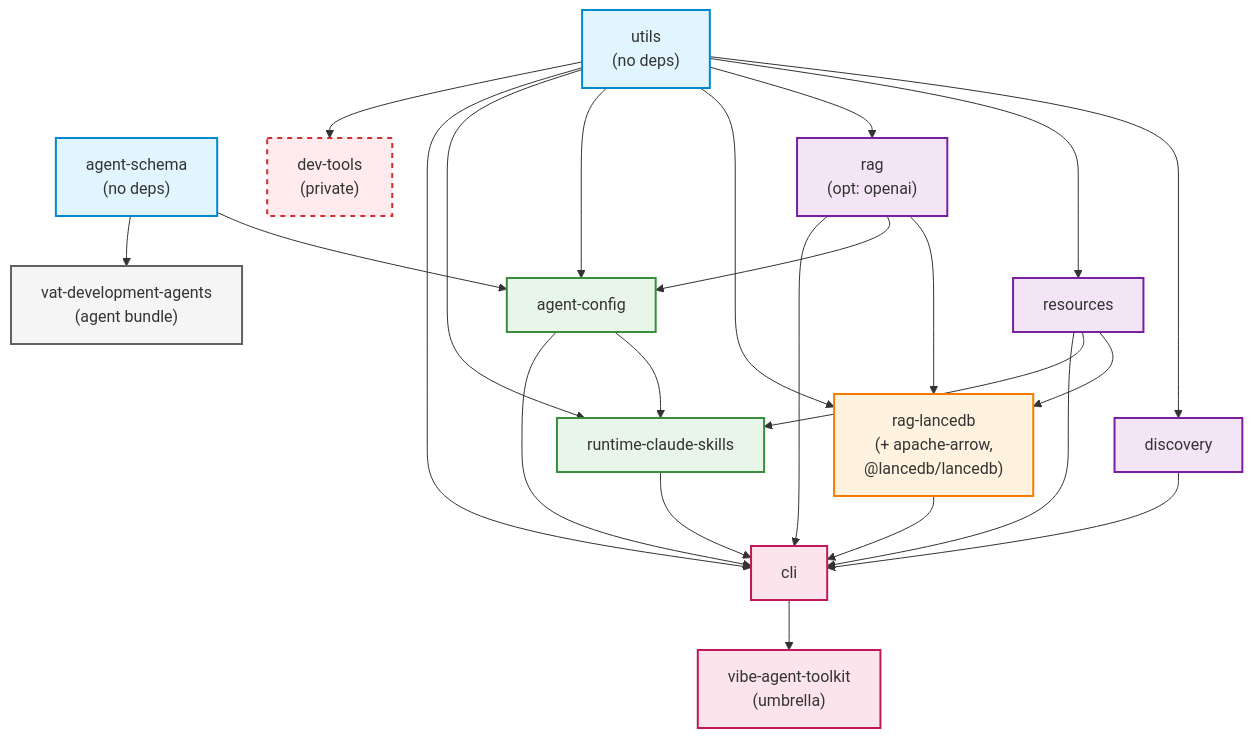
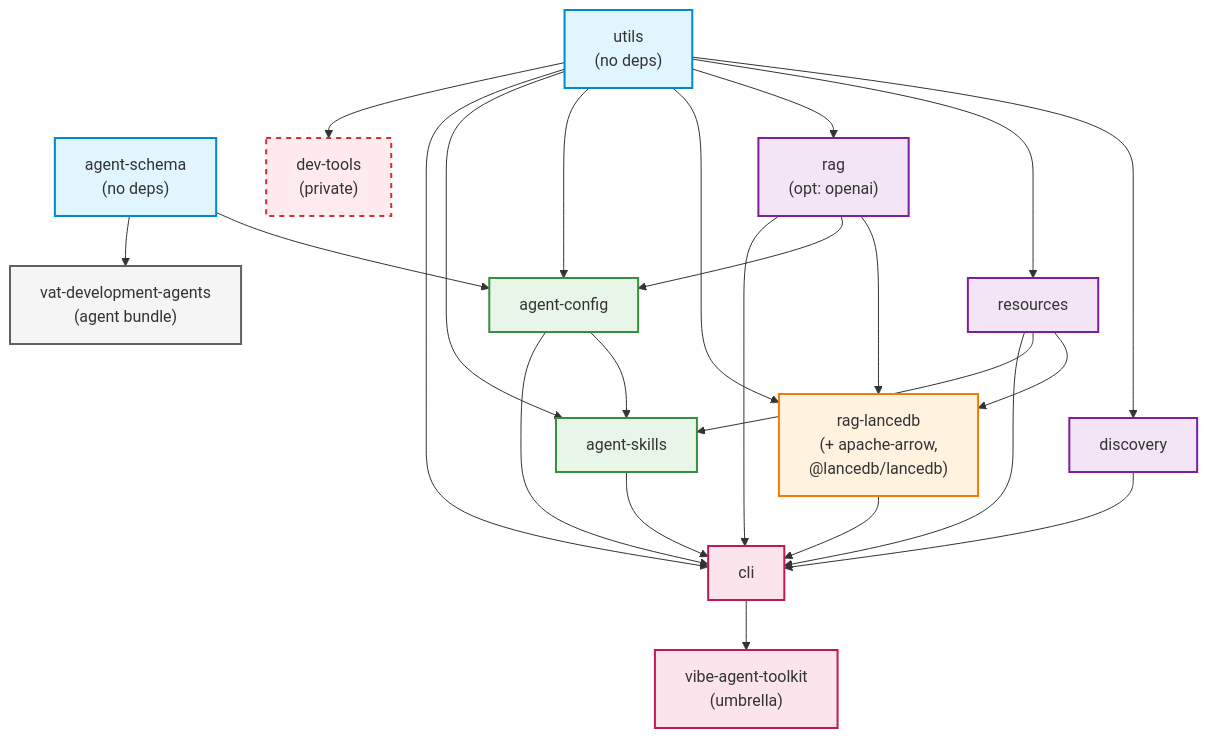
One commit to jdutton/vibe-agent-toolkit changed the diagram in packages/README.md. Above: the diagram before and after it, drawn with Mermaid. The commit also changed other lines of this file and 189 other files, not shown here.

First line of the commit message:
feat(resources): Multi-collection resource validation with frontmatter schemas (#27)

````diff
--- a/packages/README.md
+++ b/packages/README.md
@@ -26,74 +26,74 @@
 ```mermaid
 graph TD
     %% Foundation Layer
     agent-schema["agent-schema<br/>(no deps)"]
     utils["utils<br/>(no deps)"]
 
     %% File & Resource Layer
     discovery["discovery"]
     resources["resources"]
     rag["rag<br/>(opt: openai)"]
 
     %% RAG Implementation
     rag-lancedb["rag-lancedb<br/>(+ apache-arrow,<br/>@lancedb/lancedb)"]
 
     %% Configuration & Runtime
     agent-config["agent-config"]
-    runtime-claude-skills["runtime-claude-skills"]
+    agent-skills["agent-skills"]
 
     %% CLI & Distribution
     cli["cli"]
     vibe-agent-toolkit["vibe-agent-toolkit<br/>(umbrella)"]
 
     %% Separate Hierarchies
     vat-development-agents["vat-development-agents<br/>(agent bundle)"]
     dev-tools["dev-tools<br/>(private)"]
 
     %% Dependencies
     utils --> discovery
     utils --> resources
     utils --> rag
 
     resources --> rag-lancedb
     rag --> rag-lancedb
     utils --> rag-lancedb
 
     agent-schema --> agent-config
     utils --> agent-config
     rag --> agent-config
 
-    agent-config --> runtime-claude-skills
-    resources --> runtime-claude-skills
-    utils --> runtime-claude-skills
+    agent-config --> agent-skills
+    resources --> agent-skills
+    utils --> agent-skills
 
     agent-config --> cli
     discovery --> cli
     rag --> cli
     rag-lancedb --> cli
     resources --> cli
-    runtime-claude-skills --> cli
+    agent-skills --> cli
     utils --> cli
 
     cli --> vibe-agent-toolkit
 
     %% Separate dependencies
     agent-schema --> vat-development-agents
     utils --> dev-tools
 
     %% Styling
     classDef foundation fill:#e1f5ff,stroke:#0288d1,stroke-width:2px
     classDef fileResource fill:#f3e5f5,stroke:#7b1fa2,stroke-width:2px
     classDef ragImpl fill:#fff3e0,stroke:#f57c00,stroke-width:2px
     classDef config fill:#e8f5e9,stroke:#388e3c,stroke-width:2px
     classDef cliDist fill:#fce4ec,stroke:#c2185b,stroke-width:2px
     classDef separate fill:#f5f5f5,stroke:#616161,stroke-width:2px
     classDef private fill:#ffebee,stroke:#d32f2f,stroke-width:2px,stroke-dasharray: 5 5
 
     class agent-schema,utils foundation
     class discovery,resources,rag fileResource
     class rag-lancedb ragImpl
-    class agent-config,runtime-claude-skills config
+    class agent-config,agent-skills config
     class cli,vibe-agent-toolkit cliDist
     class vat-development-agents separate
     class dev-tools private
 ```
````
